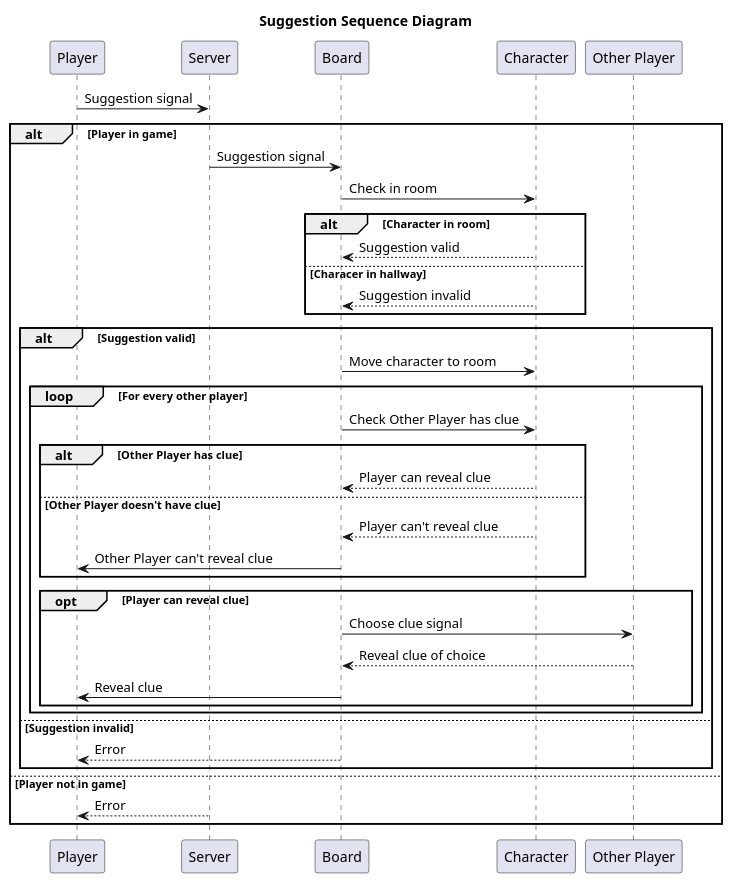
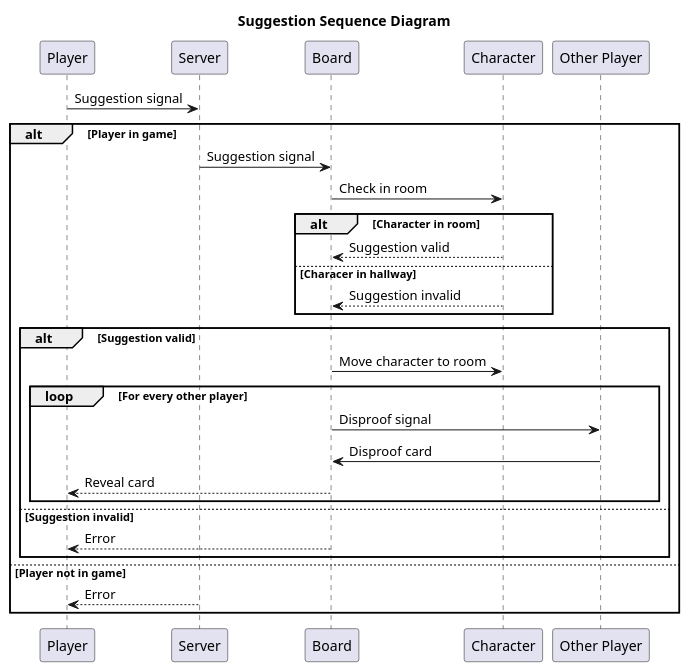
Before and after one commit to jedge3/Clueless: the diagram in diagrams/suggestion.plantuml, drawn with PlantUML. The commit also changed 3 other files, not shown here.

Commit message:
Update diagrams

```diff
--- a/diagrams/suggestion.plantuml
+++ b/diagrams/suggestion.plantuml
@@ -1,34 +1,30 @@
 @startuml Sequence Diagram
 title Suggestion Sequence Diagram
+participant Player
+participant Server
+participant Board
+participant Character
+participant "Other Player"
 Player -> Server: Suggestion signal
 alt Player in game
     Server -> Board: Suggestion signal
     Board -> Character: Check in room
     alt Character in room
         Character --> Board: Suggestion valid
     else Characer in hallway
         Character --> Board: Suggestion invalid
     end
     alt Suggestion valid
         Board -> Character: Move character to room
         loop For every other player
-            Board -> Character: Check Other Player has clue
-            alt Other Player has clue
-                Character --> Board: Player can reveal clue
-            else Other Player doesn't have clue
-                Character --> Board: Player can't reveal clue
-                Board -> Player: Other Player can't reveal clue
-            end
-            opt Player can reveal clue
-                Board -> "Other Player": Choose clue signal
-                "Other Player" --> Board: Reveal clue of choice
-                Board -> Player: Reveal clue
-            end
+            Board -> "Other Player": Disproof signal
+            "Other Player" -> Board: Disproof card
+            Board --> Player: Reveal card
         end
     else Suggestion invalid
         Board --> Player: Error
     end
 else Player not in game
     Server --> Player: Error
 end
 @enduml
```
